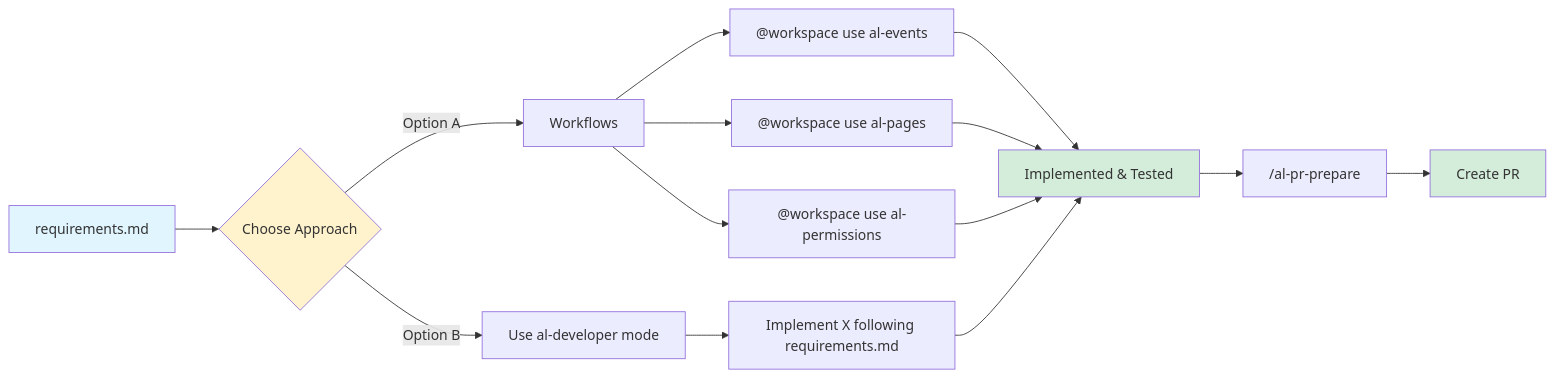
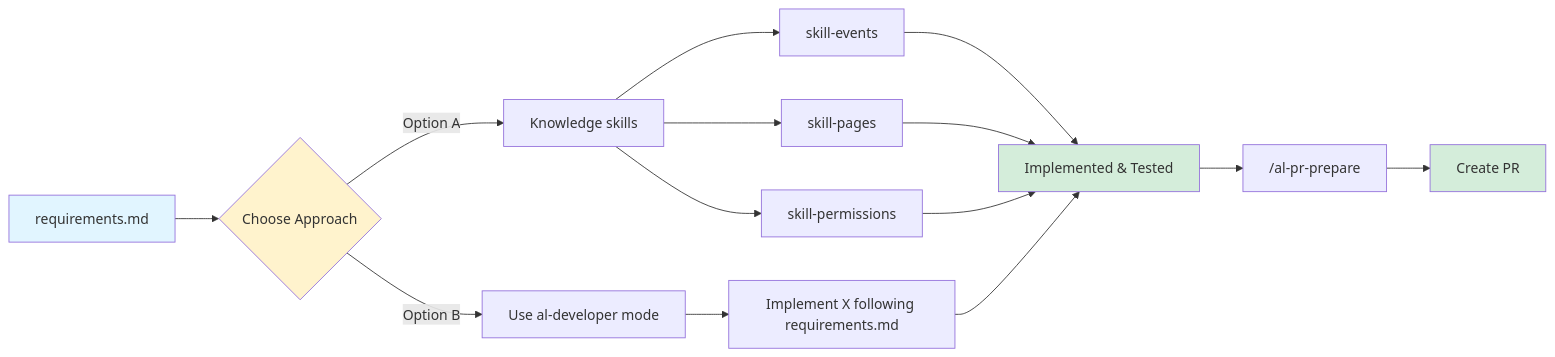
The second of 4 diagrams in docs/workflows/complete-development-flow.md (javiarmesto/ALDC-AL-Development-Collection), drawn with Mermaid before and after one commit. The commit also changed other lines of this file and 29 other files, not shown here.

````diff
--- a/docs/workflows/complete-development-flow.md
+++ b/docs/workflows/complete-development-flow.md
@@ -201,25 +201,25 @@
 ```mermaid
 graph LR
     A[requirements.md] --> B{Choose Approach}
     
-    B -->|Option A| C[Workflows]
-    C --> C1["@workspace use al-events"]
-    C --> C2["@workspace use al-pages"]
-    C --> C3["@workspace use al-permissions"]
+    B -->|Option A| C[Knowledge skills]
+    C --> C1["skill-events"]
+    C --> C2["skill-pages"]
+    C --> C3["skill-permissions"]
     
     B -->|Option B| D[Use al-developer mode]
     D --> D1["Implement X following requirements.md"]
     
     C1 --> E[Implemented & Tested]
     C2 --> E
     C3 --> E
     D1 --> E
     
     E --> F["/al-pr-prepare"]
     F --> G[Create PR]
     
     style A fill:#e1f5ff
     style B fill:#fff3cd
     style E fill:#d4edda
     style G fill:#d4edda
 ```
````
